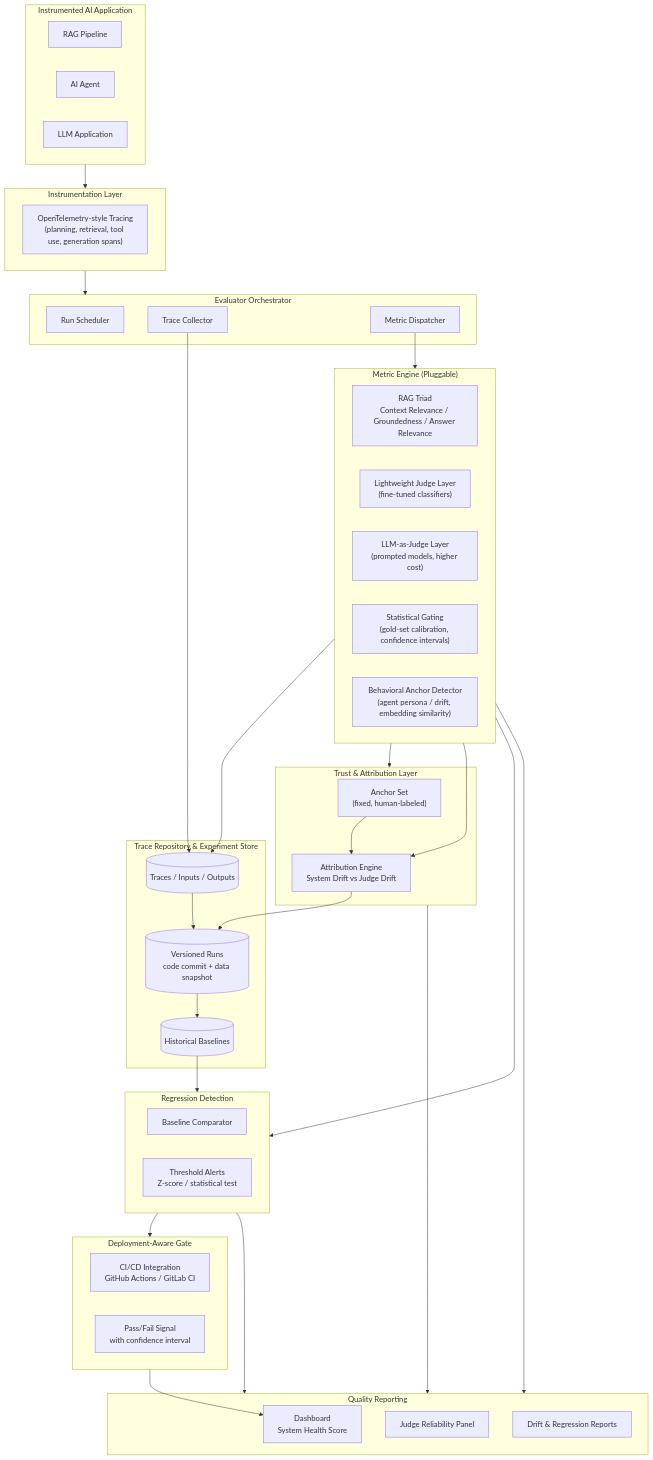
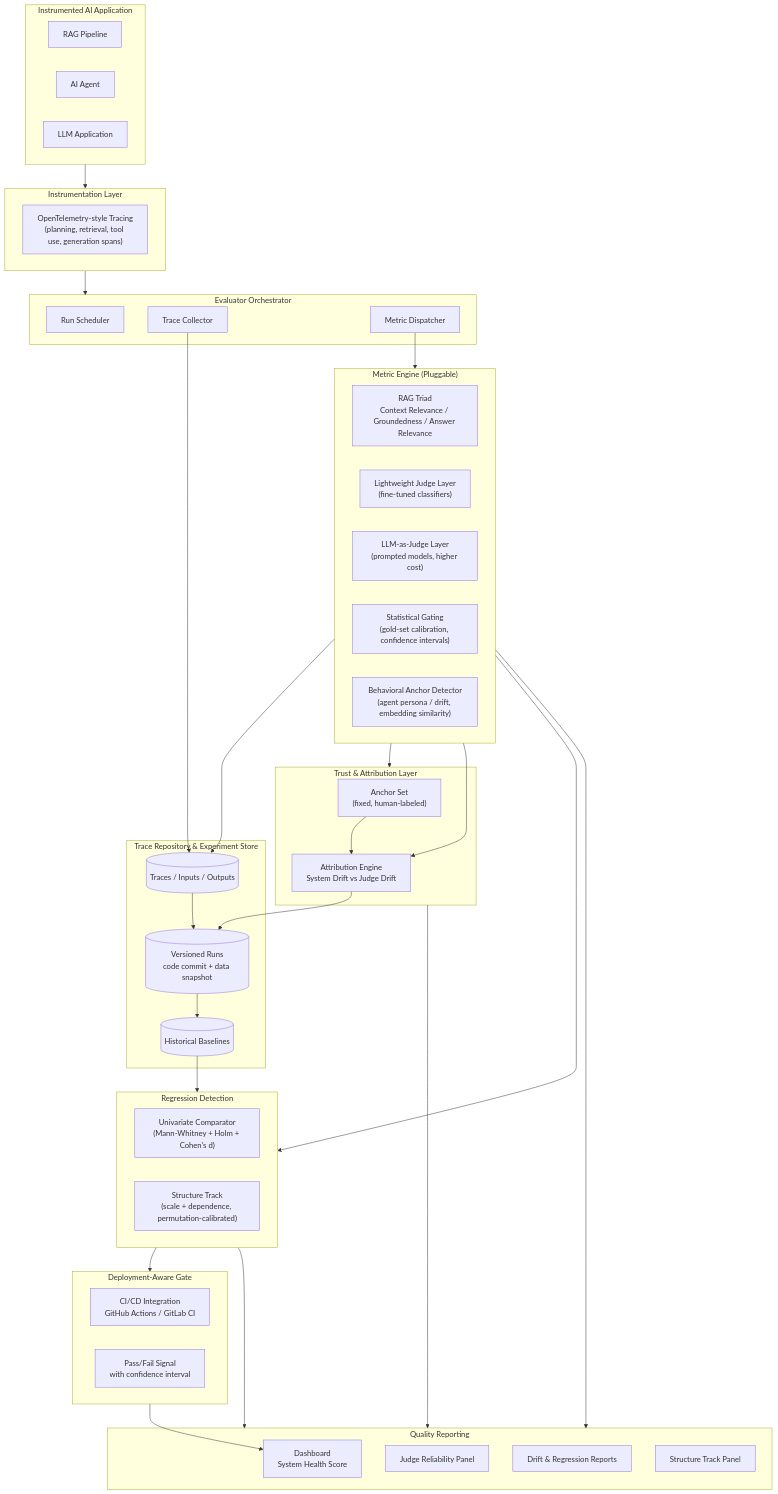
One commit to Red1-Rahman/NiriZan changed the diagram in docs/architecture.md. Above: the diagram before and after it, drawn with Mermaid. The commit also changed other lines of this file and 42 other files, not shown here.

````diff
--- a/docs/architecture.md
+++ b/docs/architecture.md
@@ -23,72 +23,73 @@
 ```mermaid
 flowchart TB
     subgraph APP["Instrumented AI Application"]
         A1[RAG Pipeline]
         A2[AI Agent]
         A3[LLM Application]
     end
 
     subgraph INSTR["Instrumentation Layer"]
         I1["OpenTelemetry-style Tracing<br/>(planning, retrieval, tool use, generation spans)"]
     end
 
     subgraph ORCH["Evaluator Orchestrator"]
         O1[Run Scheduler]
         O2[Trace Collector]
         O3[Metric Dispatcher]
     end
 
     subgraph METRICS["Metric Engine (Pluggable)"]
         M1["RAG Triad<br/>Context Relevance / Groundedness / Answer Relevance"]
         M2["Lightweight Judge Layer<br/>(fine-tuned classifiers)"]
         M3["LLM-as-Judge Layer<br/>(prompted models, higher cost)"]
         M4["Statistical Gating<br/>(gold-set calibration, confidence intervals)"]
         M5["Behavioral Anchor Detector<br/>(agent persona / drift, embedding similarity)"]
     end
 
     subgraph TRUST["Trust & Attribution Layer"]
         T1["Anchor Set<br/>(fixed, human-labeled)"]
         T2["Attribution Engine<br/>System Drift vs Judge Drift"]
     end
 
     subgraph STORE["Trace Repository & Experiment Store"]
         S1[(Traces / Inputs / Outputs)]
         S2[(Versioned Runs<br/>code commit + data snapshot)]
         S3[(Historical Baselines)]
     end
 
     subgraph REG["Regression Detection"]
-        R1[Baseline Comparator]
-        R2["Threshold Alerts<br/>Z-score / statistical test"]
+        R1["Univariate Comparator<br/>(Mann-Whitney + Holm + Cohen's d)"]
+        R2["Structure Track<br/>(scale + dependence, permutation-calibrated)"]
     end
 
     subgraph GATE["Deployment-Aware Gate"]
         G1["CI/CD Integration<br/>GitHub Actions / GitLab CI"]
         G2["Pass/Fail Signal<br/>with confidence interval"]
     end
 
     subgraph REPORT["Quality Reporting"]
         D1["Dashboard<br/>System Health Score"]
         D2["Judge Reliability Panel"]
         D3["Drift & Regression Reports"]
+        D4["Structure Track Panel"]
     end
 
     APP --> INSTR
     INSTR --> ORCH
     O2 --> S1
     O3 --> METRICS
     METRICS --> S1
     METRICS --> TRUST
     T1 --> T2
     METRICS --> T2
     T2 --> S2
     S1 --> S2
     S2 --> S3
     S3 --> REG
     METRICS --> REG
     REG --> GATE
     REG --> REPORT
     TRUST --> REPORT
     METRICS --> REPORT
     GATE --> D1
 ```
````
